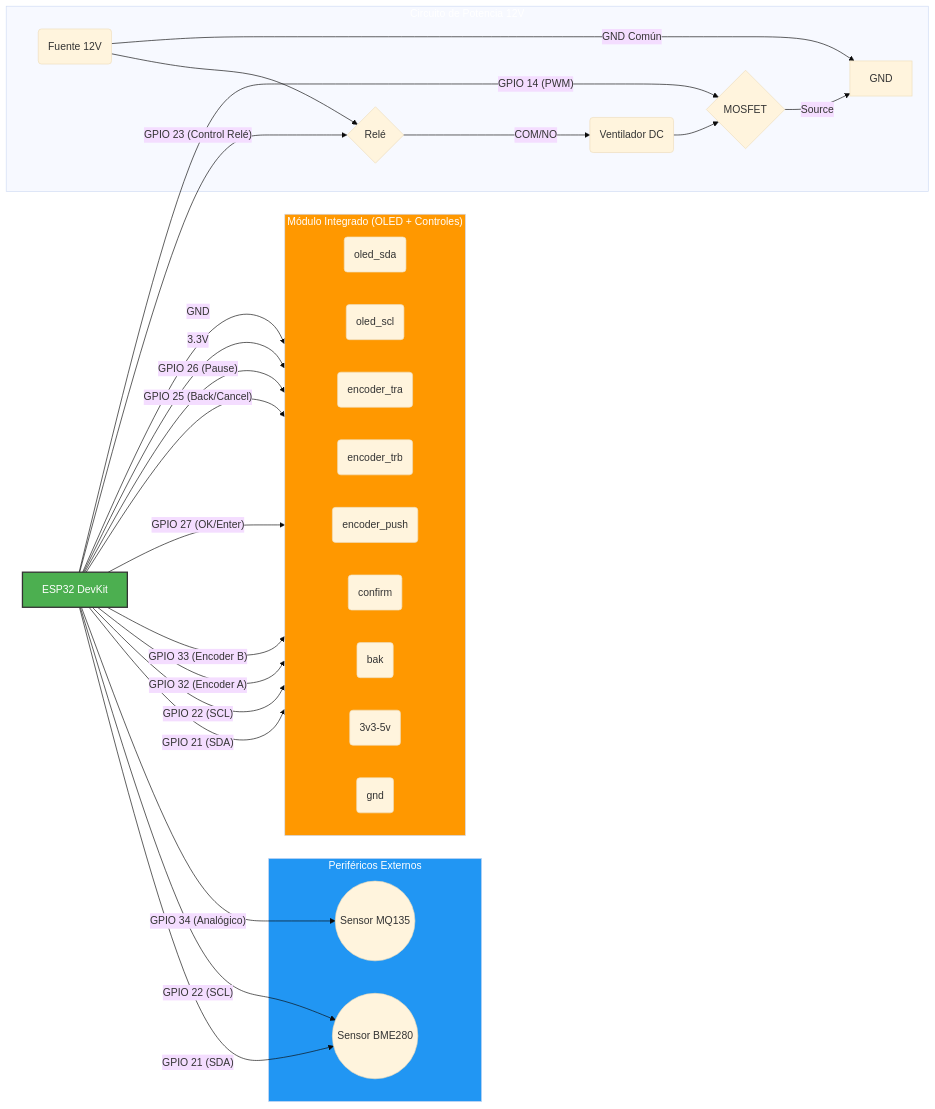
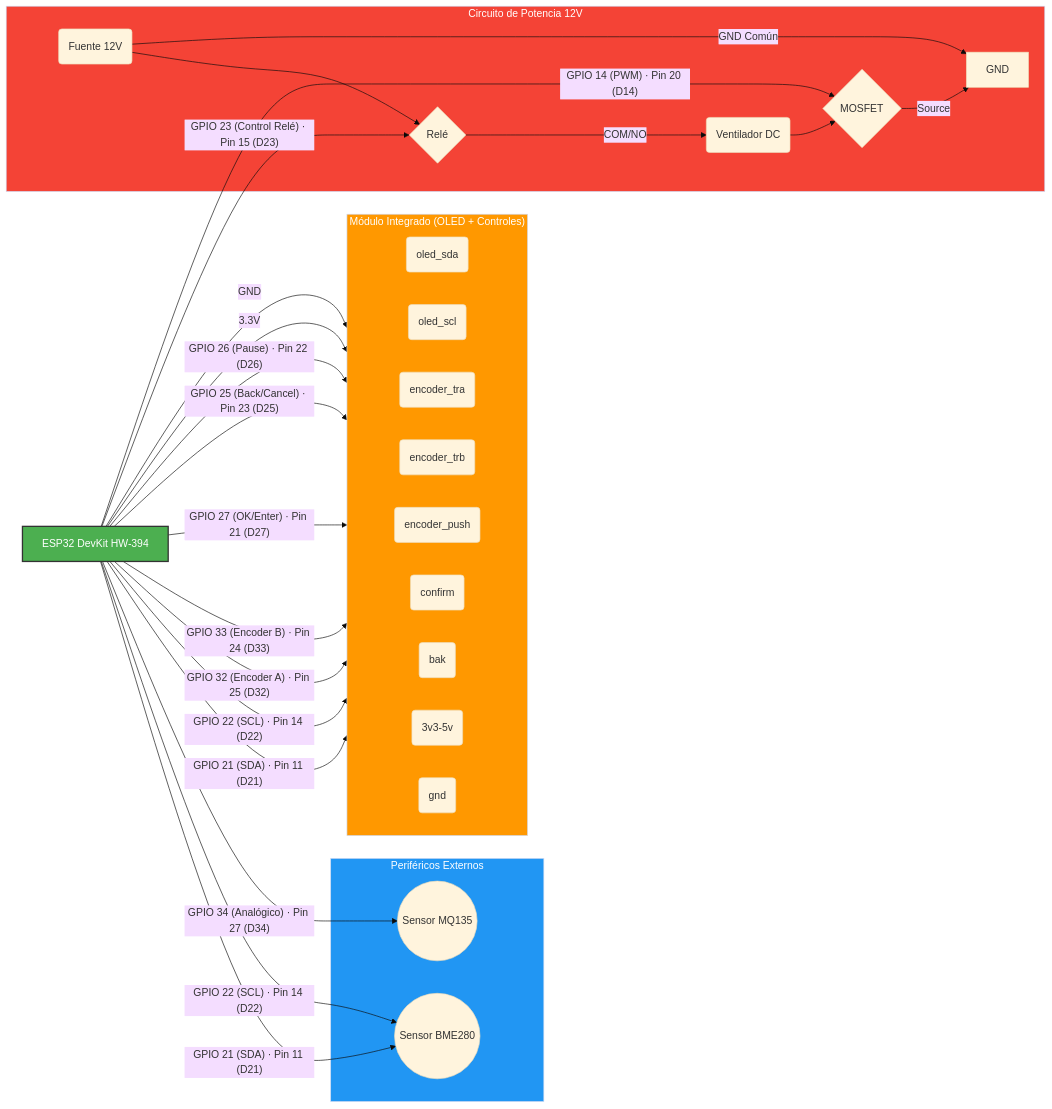
One commit to RMedits/extractor-inteligente-firmware changed the diagram in docs/DIAGRAMA_CONEXIONES.md. Above: the diagram before and after it, drawn with Mermaid (base theme). The commit also changed 11 other files, not shown here.

Commit message:
Document ESP32 HW-394 board and update pin references

````diff
--- a/docs/DIAGRAMA_CONEXIONES.md
+++ b/docs/DIAGRAMA_CONEXIONES.md
@@ -5,55 +5,55 @@
 ```mermaid
 graph LR
     subgraph perifericos["Periféricos Externos"]
         BME280((Sensor BME280))
         MQ135((Sensor MQ135))
     end
 
     subgraph modulo["Módulo Integrado (OLED + Controles)"]
         direction LR
         PinSDA(oled_sda)
         PinSCL(oled_scl)
         PinTRA(encoder_tra)
         PinTRB(encoder_trb)
         PinPush(encoder_push)
         PinConfirm(confirm)
         PinBak(bak)
         Pin3V(3v3-5v)
         PinGND(gnd)
     end
 
     subgraph potencia["Circuito de Potencia 12V"]
         Power12V(Fuente 12V) --> Relay{Relé};
         Relay -- COM/NO --> Fan(Ventilador DC);
         Fan --> MOSFET{MOSFET};
         MOSFET -- Source --> GND;
         Power12V -- "GND Común" --> GND;
     end
 
-    ESP32[ESP32 DevKit]
+    ESP32[ESP32 DevKit HW-394]
 
     %% Conexiones al Módulo Integrado
-    ESP32 -- "GPIO 21 (SDA)" --> PinSDA;
-    ESP32 -- "GPIO 22 (SCL)" --> PinSCL;
-    ESP32 -- "GPIO 32 (Encoder A)" --> PinTRA;
-    ESP32 -- "GPIO 33 (Encoder B)" --> PinTRB;
-    ESP32 -- "GPIO 27 (OK/Enter)" --> PinPush;
-    ESP32 -- "GPIO 25 (Back/Cancel)" --> PinConfirm;
-    ESP32 -- "GPIO 26 (Pause)" --> PinBak;
+    ESP32 -- "GPIO 21 (SDA) · Pin 11 (D21)" --> PinSDA;
+    ESP32 -- "GPIO 22 (SCL) · Pin 14 (D22)" --> PinSCL;
+    ESP32 -- "GPIO 32 (Encoder A) · Pin 25 (D32)" --> PinTRA;
+    ESP32 -- "GPIO 33 (Encoder B) · Pin 24 (D33)" --> PinTRB;
+    ESP32 -- "GPIO 27 (OK/Enter) · Pin 21 (D27)" --> PinPush;
+    ESP32 -- "GPIO 25 (Back/Cancel) · Pin 23 (D25)" --> PinConfirm;
+    ESP32 -- "GPIO 26 (Pause) · Pin 22 (D26)" --> PinBak;
     ESP32 -- "3.3V" --> Pin3V;
     ESP32 -- "GND" --> PinGND;
 
     %% Conexiones a otros periféricos
-    ESP32 -- "GPIO 21 (SDA)" --> BME280;
-    ESP32 -- "GPIO 22 (SCL)" --> BME280;
-    ESP32 -- "GPIO 34 (Analógico)" --> MQ135;
+    ESP32 -- "GPIO 21 (SDA) · Pin 11 (D21)" --> BME280;
+    ESP32 -- "GPIO 22 (SCL) · Pin 14 (D22)" --> BME280;
+    ESP32 -- "GPIO 34 (Analógico) · Pin 27 (D34)" --> MQ135;
     
     %% Conexiones al circuito de potencia
-    ESP32 -- "GPIO 23 (Control Relé)" --> Relay;
-    ESP32 -- "GPIO 14 (PWM)" --> MOSFET;
+    ESP32 -- "GPIO 23 (Control Relé) · Pin 15 (D23)" --> Relay;
+    ESP32 -- "GPIO 14 (PWM) · Pin 20 (D14)" --> MOSFET;
 
     style ESP32 fill:#4CAF50,stroke:#333,stroke-width:2px,color:#fff
     style perifericos fill:#2196F3,color:#fff
     style modulo fill:#FF9800,color:#fff
-    style potencia fill:#F4433G,color:#fff
+    style potencia fill:#F44336,color:#fff
 ```
````
